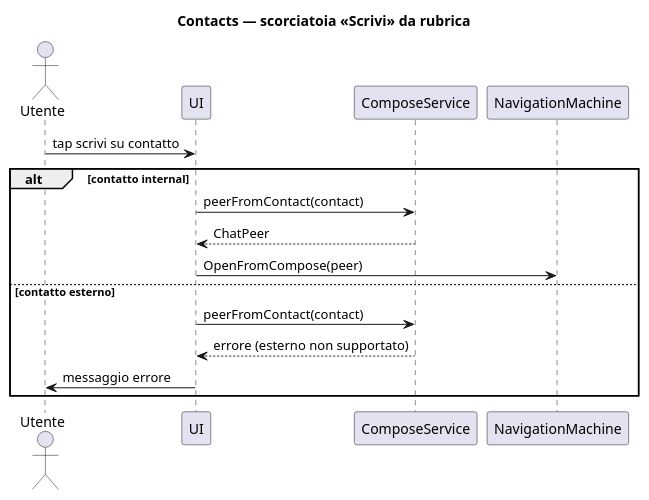
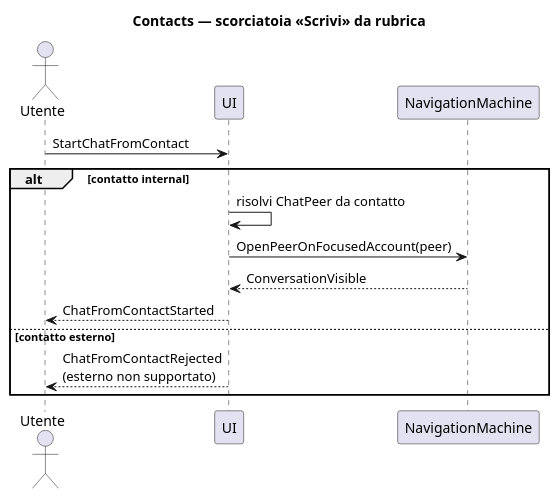
One commit to alfred-im/alfred-im changed the diagram in docs/model/uml/contacts/seq-compose-from-contact.puml. Above: the diagram before and after it, drawn with PlantUML. The commit also changed 97 other files, not shown here.

```diff
--- a/docs/model/uml/contacts/seq-compose-from-contact.puml
+++ b/docs/model/uml/contacts/seq-compose-from-contact.puml
@@ -1,26 +1,24 @@
 @startuml seq-compose-from-contact
-' Context: contacts
+' Context: contacts → navigation
 ' Profile: client
 ' SDD: PROM-PERSONAL-CONTACTS-006
-' Revision: 2026-07-25
+' Revision: 2026-07-27
 
 title Contacts — scorciatoia «Scrivi» da rubrica
 
 actor Utente
 participant "UI" as UI
-participant "ComposeService" as Compose
 participant "NavigationMachine" as Nav
 
-Utente -> UI : tap scrivi su contatto
+Utente -> UI : StartChatFromContact
 
 alt contatto internal
-  UI -> Compose : peerFromContact(contact)
-  Compose --> UI : ChatPeer
-  UI -> Nav : OpenFromCompose(peer)
+  UI -> UI : risolvi ChatPeer da contatto
+  UI -> Nav : OpenPeerOnFocusedAccount(peer)
+  Nav --> UI : ConversationVisible
+  UI --> Utente : ChatFromContactStarted
 else contatto esterno
-  UI -> Compose : peerFromContact(contact)
-  Compose --> UI : errore (esterno non supportato)
-  UI -> Utente : messaggio errore
+  UI --> Utente : ChatFromContactRejected\n(esterno non supportato)
 end
 
 @enduml
```
